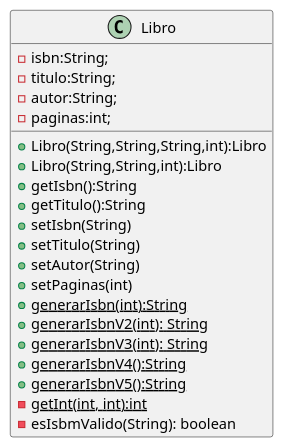
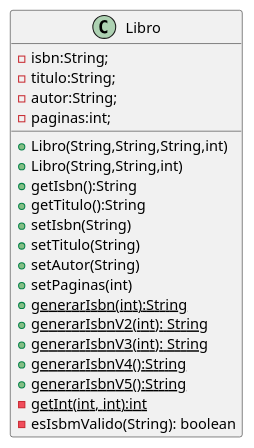
One commit to FacundoSC/Libros changed the diagram in UML/diagramaClases.puml. Above: the diagram before and after it, drawn with PlantUML.

Commit message:
modificacion   estructura  constructor Libro

```diff
--- a/UML/diagramaClases.puml
+++ b/UML/diagramaClases.puml
@@ -1,23 +1,23 @@
 @startuml
 class Libro {
    -isbn:String;
    -titulo:String;
    -autor:String;
    -paginas:int;
-   +Libro(String,String,String,int):Libro
-   +Libro(String,String,int):Libro
+   +Libro(String,String,String,int)
+   +Libro(String,String,int)
    +getIsbn():String
    +getTitulo():String
    +setIsbn(String)
    +setTitulo(String)
    +setAutor(String)
    +setPaginas(int)
    +{static}generarIsbn(int):String
    +{static}generarIsbnV2(int): String
    +{static}generarIsbnV3(int): String
    +{static}generarIsbnV4():String
    +{static}generarIsbnV5():String
    -{static}getInt(int, int):int
    - esIsbmValido(String): boolean
 }
 @enduml
```
